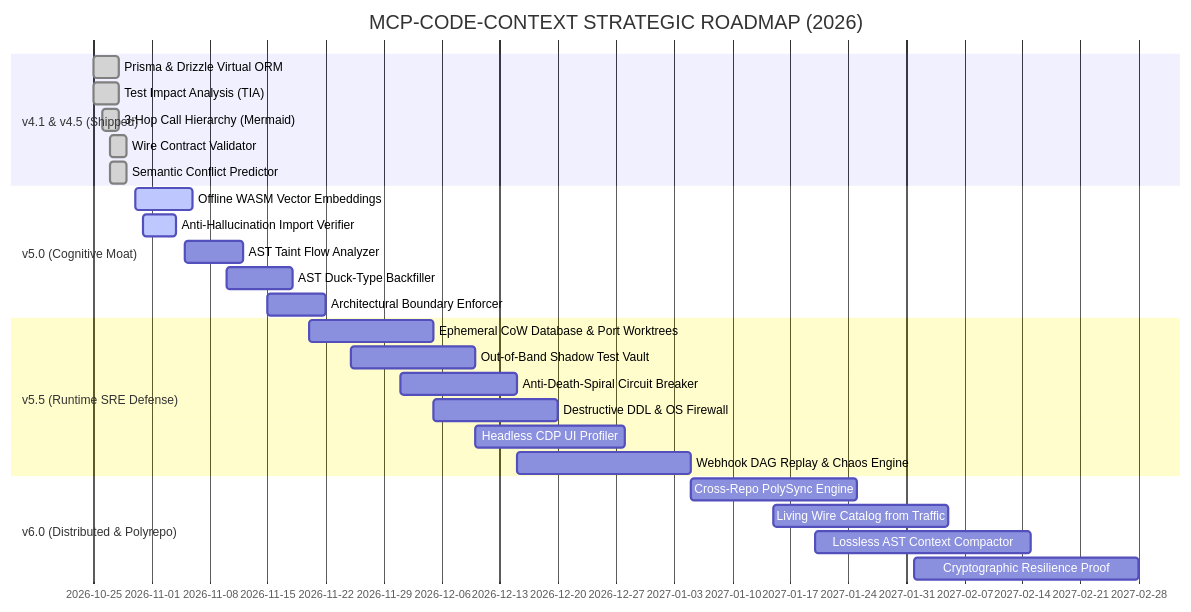
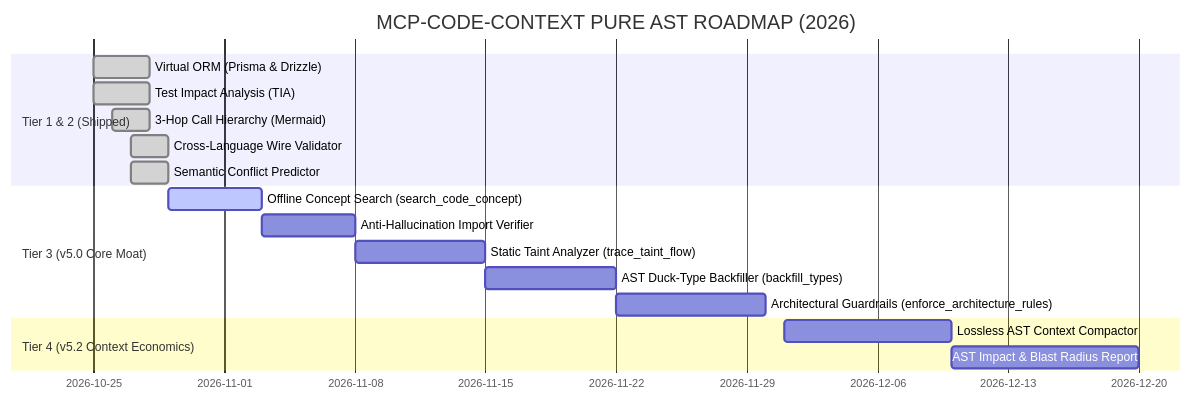
One commit to achatainga/mcp-code-context changed the diagram in docs/ROADMAP-ENTERPRISE-AGENTIC-2026.md. Above: the diagram before and after it, drawn with Mermaid. The commit also changed other lines of this file, not shown here.

Commit message:
docs(roadmap): purify scope to 12 canonical AST features and delegate runtime SRE tools

````diff
--- a/docs/ROADMAP-ENTERPRISE-AGENTIC-2026.md
+++ b/docs/ROADMAP-ENTERPRISE-AGENTIC-2026.md
@@ -323,29 +171,20 @@
 ```mermaid
 gantt
-    title MCP-CODE-CONTEXT STRATEGIC ROADMAP (2026)
+    title MCP-CODE-CONTEXT PURE AST ROADMAP (2026)
     dateFormat  YYYY-MM-DD
-    section v4.1 & v4.5 (Shipped)
-    Prisma & Drizzle Virtual ORM        :done, des1, 2026-10-25, 2026-10-28
-    Test Impact Analysis (TIA)          :done, des2, 2026-10-25, 2026-10-28
-    3-Hop Call Hierarchy (Mermaid)      :done, des3, 2026-10-26, 2026-10-28
-    Wire Contract Validator             :done, des4, 2026-10-27, 2026-10-29
-    Semantic Conflict Predictor         :done, des5, 2026-10-27, 2026-10-29
-    section v5.0 (Cognitive Moat)
-    Offline WASM Vector Embeddings      :active, des6, 2026-10-30, 2026-11-06
-    Anti-Hallucination Import Verifier  :active, des7, 2026-10-31, 2026-11-04
-    AST Taint Flow Analyzer             :des8, 2026-11-05, 2026-11-12
-    AST Duck-Type Backfiller            :des9, 2026-11-10, 2026-11-18
-    Architectural Boundary Enforcer     :des10, 2026-11-15, 2026-11-22
-    section v5.5 (Runtime SRE Defense)
-    Ephemeral CoW Database & Port Worktrees :des11, 2026-11-20, 2026-12-05
-    Out-of-Band Shadow Test Vault       :des12, 2026-11-25, 2026-12-10
-    Anti-Death-Spiral Circuit Breaker   :des13, 2026-12-01, 2026-12-15
-    Destructive DDL & OS Firewall       :des14, 2026-12-05, 2026-12-20
-    Headless CDP UI Profiler            :des15, 2026-12-10, 2026-12-28
-    Webhook DAG Replay & Chaos Engine   :des16, 2026-12-15, 2027-01-05
-    section v6.0 (Distributed & Polyrepo)
-    Cross-Repo PolySync Engine          :des17, 2027-01-05, 2027-01-25
-    Living Wire Catalog from Traffic    :des18, 2027-01-15, 2027-02-05
-    Lossless AST Context Compactor      :des19, 2027-01-20, 2027-02-15
-    Cryptographic Resilience Proof      :des20, 2027-02-01, 2027-02-28
+    section Tier 1 & 2 (Shipped)
+    Virtual ORM (Prisma & Drizzle)       :done, t1, 2026-10-25, 2026-10-28
+    Test Impact Analysis (TIA)           :done, t2, 2026-10-25, 2026-10-28
+    3-Hop Call Hierarchy (Mermaid)       :done, t3, 2026-10-26, 2026-10-28
+    Cross-Language Wire Validator        :done, t4, 2026-10-27, 2026-10-29
+    Semantic Conflict Predictor          :done, t5, 2026-10-27, 2026-10-29
+    section Tier 3 (v5.0 Core Moat)
+    Offline Concept Search (search_code_concept) :active, t6, 2026-10-29, 2026-11-03
+    Anti-Hallucination Import Verifier  :t7, 2026-11-03, 2026-11-08
+    Static Taint Analyzer (trace_taint_flow) :t8, 2026-11-08, 2026-11-15
+    AST Duck-Type Backfiller (backfill_types) :t9, 2026-11-15, 2026-11-22
+    Architectural Guardrails (enforce_architecture_rules) :t10, 2026-11-22, 2026-11-30
+    section Tier 4 (v5.2 Context Economics)
+    Lossless AST Context Compactor       :t11, 2026-12-01, 2026-12-10
+    AST Impact & Blast Radius Report     :t12, 2026-12-10, 2026-12-20
 ```
````
